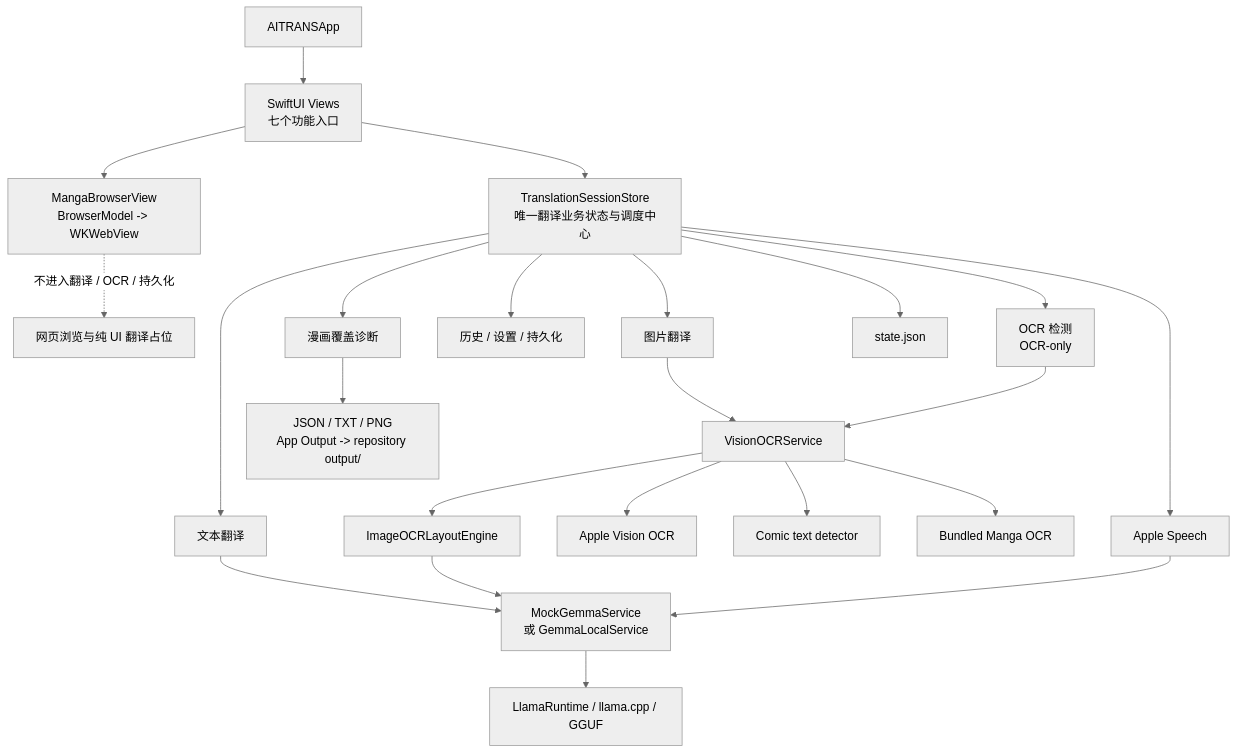
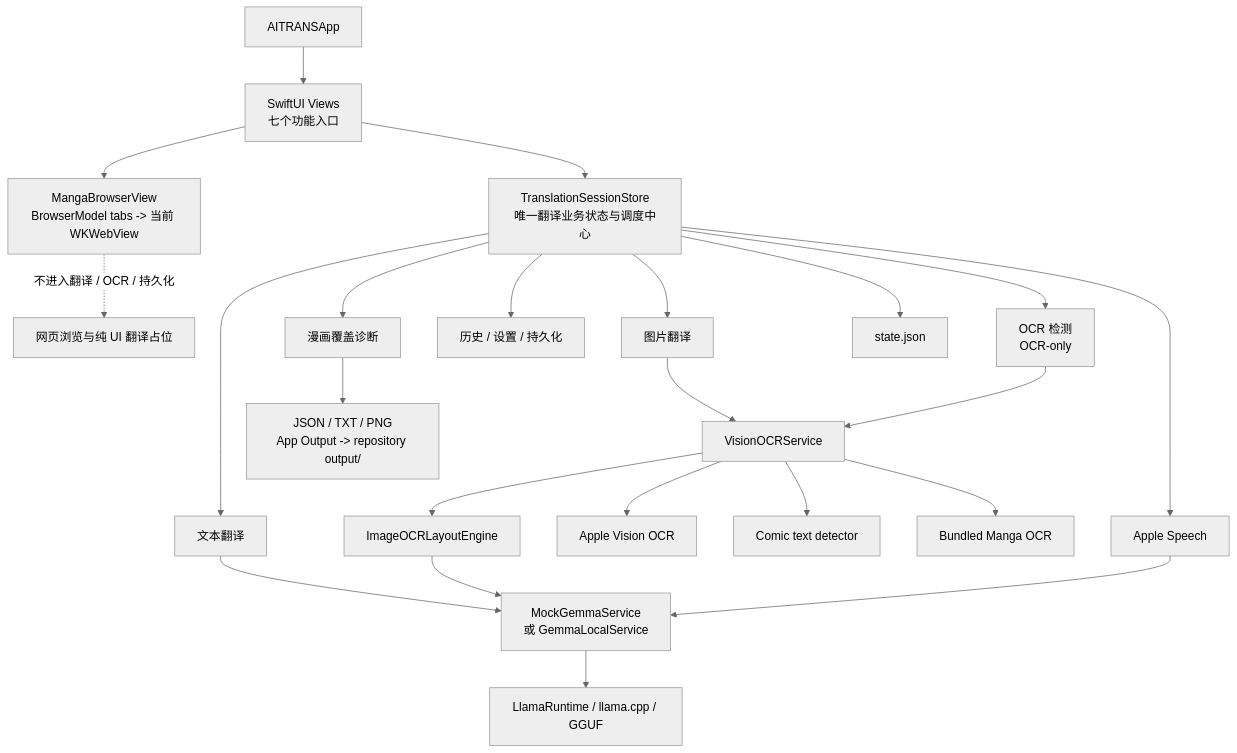
Before and after one commit to bengzhu/project1_lgbt_naxida: the third of 7 diagrams in md/flow/flowchart.md, drawn with Mermaid (neutral theme). The commit also changed other lines of this file and 14 other files, not shown here.

````diff
--- a/md/flow/flowchart.md
+++ b/md/flow/flowchart.md
@@ -213,28 +213,28 @@
 ```mermaid
 flowchart TD
   APP["AITRANSApp"] --> UI["SwiftUI Views\n七个功能入口"]
   UI --> STORE["TranslationSessionStore\n唯一翻译业务状态与调度中心"]
-  UI --> BROWSER2["MangaBrowserView\nBrowserModel -> WKWebView"]
+  UI --> BROWSER2["MangaBrowserView\nBrowserModel tabs -> 当前 WKWebView"]
   BROWSER2 -. "不进入翻译 / OCR / 持久化" .-> END_BROWSER["网页浏览与纯 UI 翻译占位"]
 
   STORE --> TEXT["文本翻译"]
   STORE --> IMAGE["图片翻译"]
   STORE --> OCR["OCR 检测\nOCR-only"]
   STORE --> SPEECH["Apple Speech"]
   STORE --> HISTORY["历史 / 设置 / 持久化"]
   STORE --> PROBE["漫画覆盖诊断"]
 
   TEXT --> MODEL["MockGemmaService\n或 GemmaLocalService"]
   IMAGE --> VISION["VisionOCRService"]
   OCR --> VISION
   VISION --> APPLE["Apple Vision OCR"]
   VISION --> DETECTOR["Comic text detector"]
   VISION --> MANGA["Bundled Manga OCR"]
   VISION --> LAYOUT["ImageOCRLayoutEngine"]
   LAYOUT --> MODEL
   SPEECH --> MODEL
   MODEL --> LLAMA["LlamaRuntime / llama.cpp / GGUF"]
 
   STORE --> STATE["state.json"]
   PROBE --> OUTPUT["JSON / TXT / PNG\nApp Output -> repository output/"]
 ```
````
